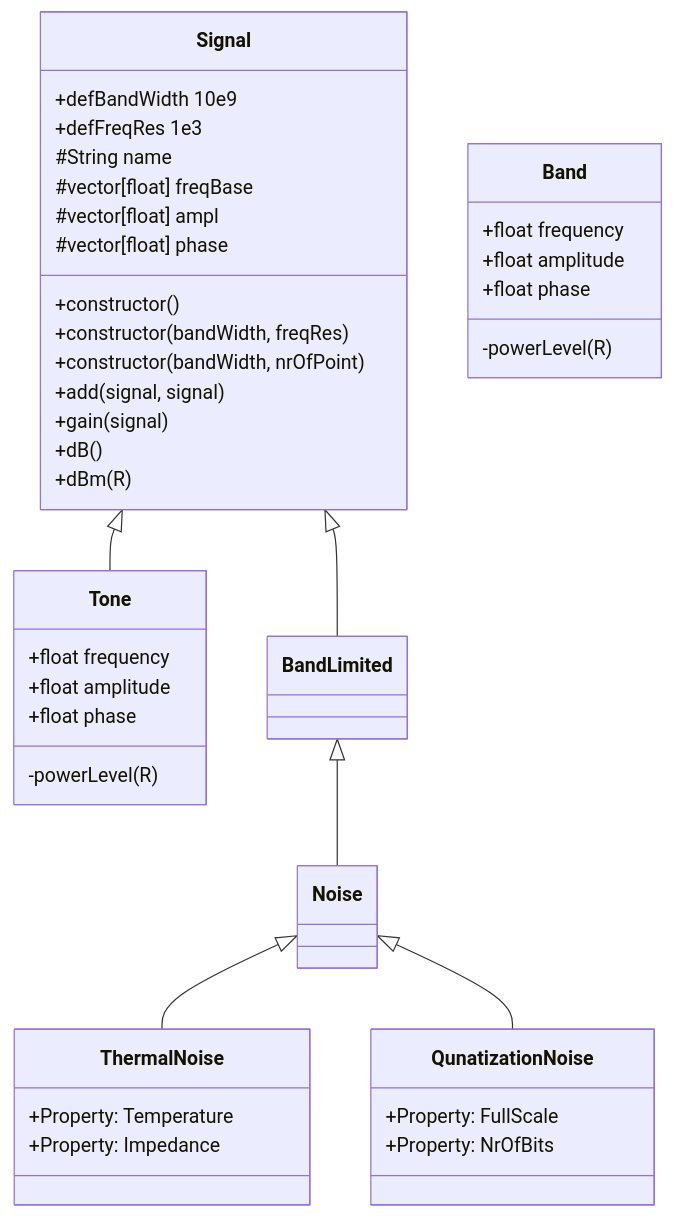
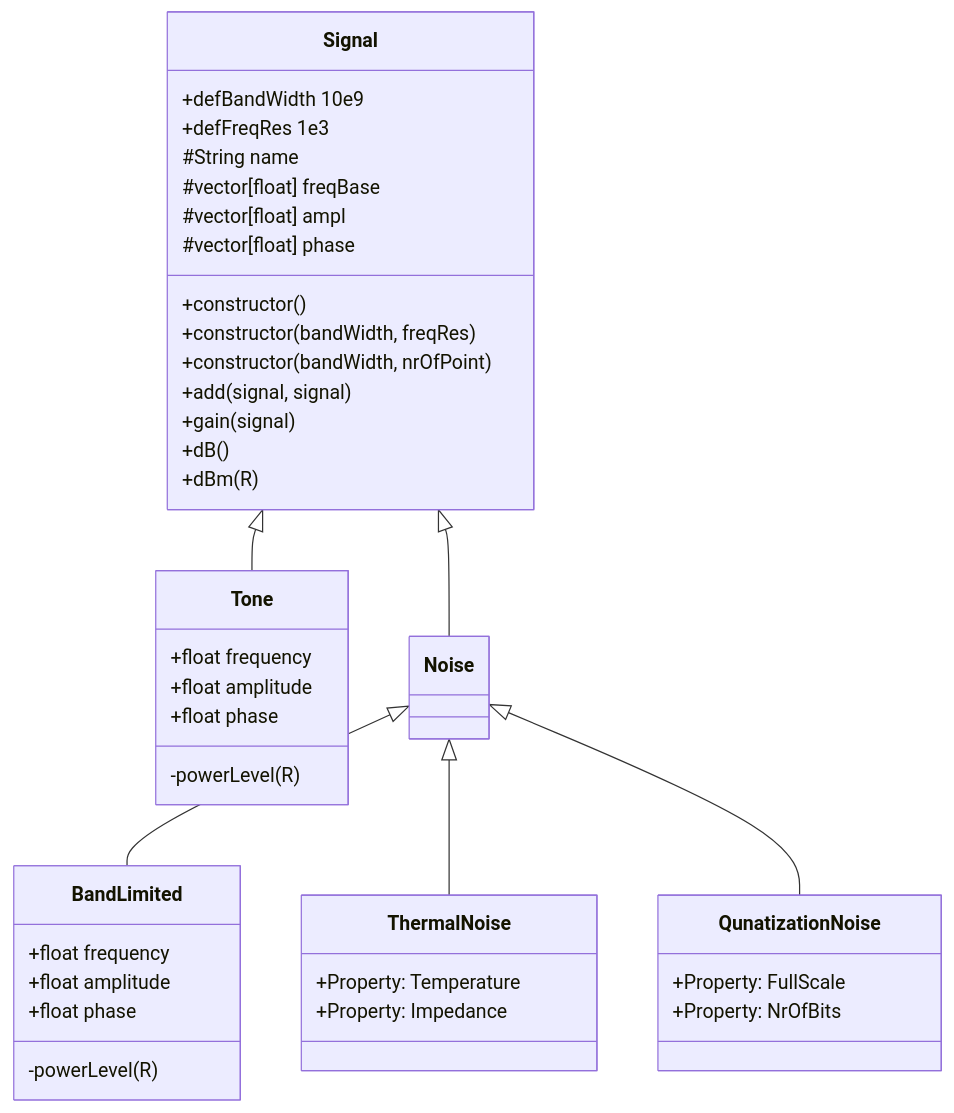
Before and after one commit to botondkirei/AmoRF: the diagram in trunk/AmoRF.md, drawn with Mermaid.

````diff
--- a/trunk/AmoRF.md
+++ b/trunk/AmoRF.md
@@ -1,45 +1,45 @@
 ```mermaid
 classDiagram
     Signal <|-- Tone
-    Signal <|-- BandLimited
-    BandLimited <|-- Noise
+    Signal <|-- Noise
+    Noise <|-- BandLimited
     Noise <|-- ThermalNoise
     Noise <|-- QunatizationNoise
     class Signal {
             +defBandWidth 10e9
             +defFreqRes 1e3
             #String name
             #vector[float] freqBase
             #vector[float] ampl
             #vector[float] phase
             +constructor()
             +constructor(bandWidth, freqRes)
             +constructor(bandWidth, nrOfPoint)
             +add(signal, signal)
             +gain(signal)
             +dB()
             +dBm(R)
     }
     class Noise{
     }
     class Tone{
       +float frequency
       +float amplitude
       +float phase
       -powerLevel(R)
     }
-    class Band{
+    class BandLimited{
       +float frequency
       +float amplitude
       +float phase
       -powerLevel(R)
     }
     class ThermalNoise {
     +Property: Temperature
     +Property: Impedance
     }
     class QunatizationNoise {
     +Property: FullScale
     +Property: NrOfBits
     }     
 ```
````
